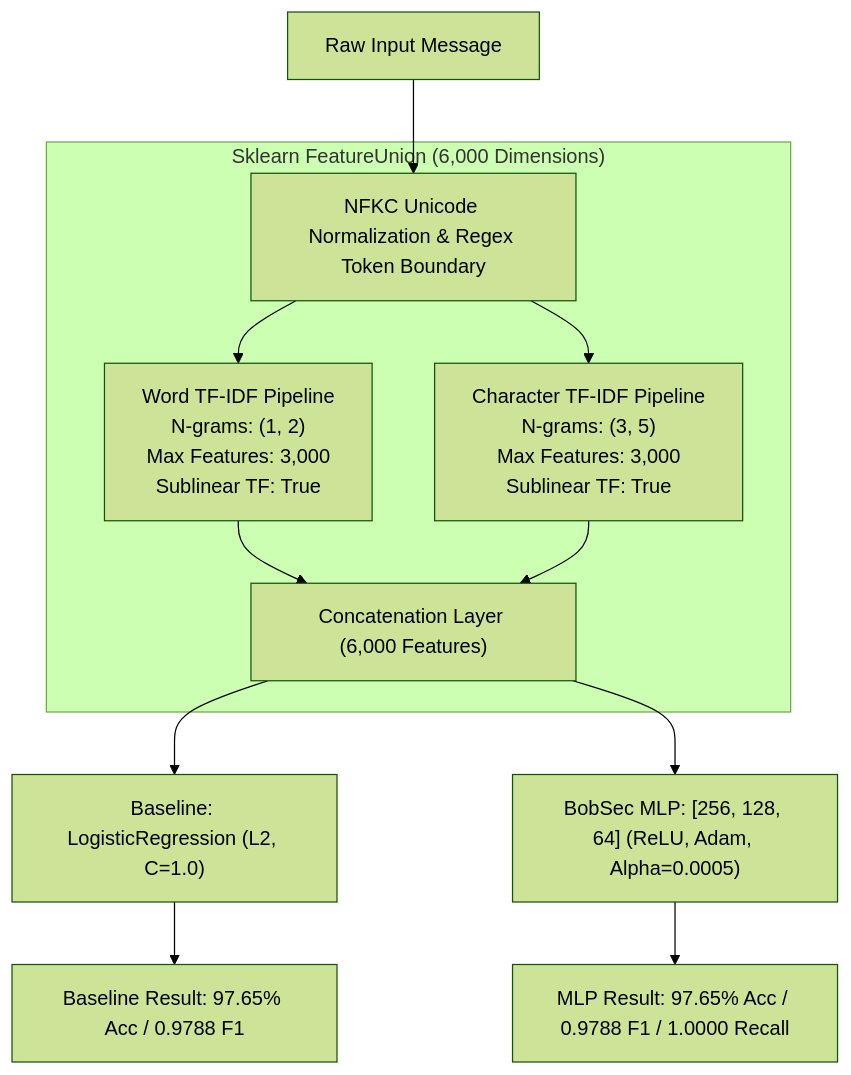
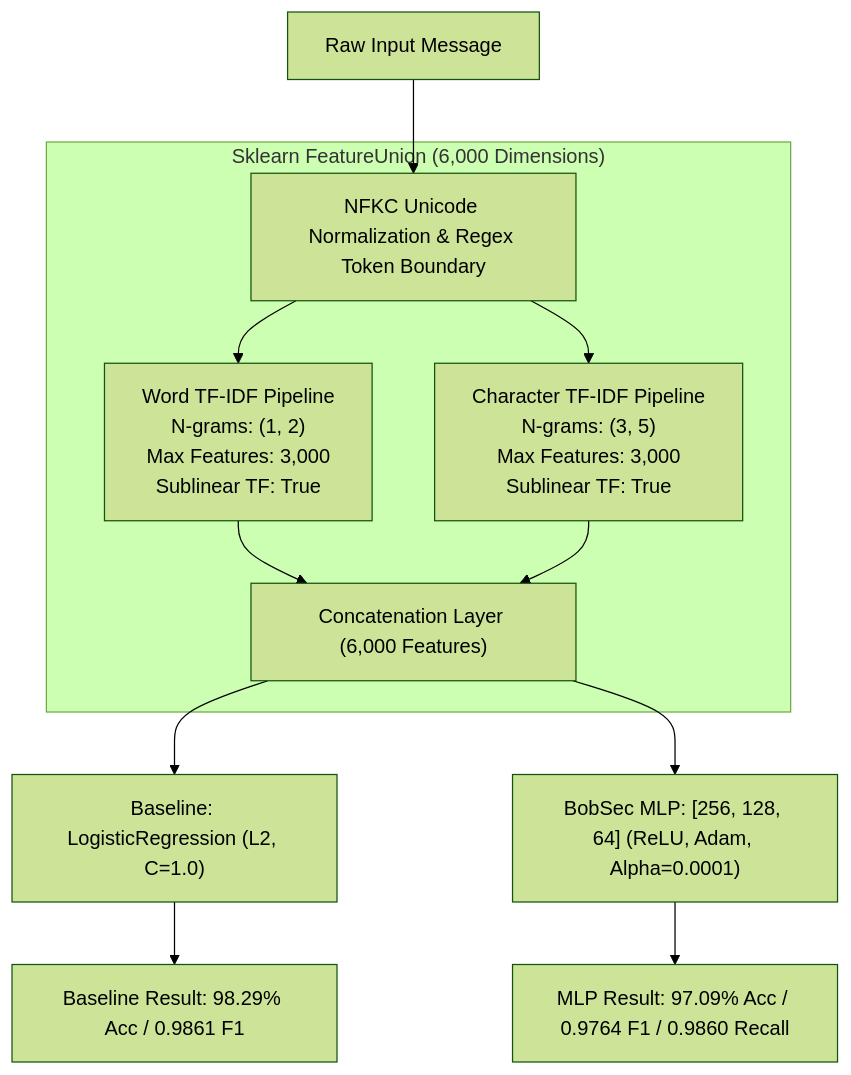
Before and after one commit to hamsinikommunuri/bobsec-platform: the diagram in docs/neural-network/TRAINING.md, drawn with Mermaid (forest theme). The commit also changed other lines of this file and 41 other files, not shown here.

````diff
--- a/docs/neural-network/TRAINING.md
+++ b/docs/neural-network/TRAINING.md
@@ -26,17 +26,17 @@
 ```mermaid
 graph TD
     Raw["Raw Input Message"] --> NFKC["NFKC Unicode Normalization & Regex Token Boundary"]
     
     subgraph FeaturePipeline["Sklearn FeatureUnion (6,000 Dimensions)"]
         NFKC --> WordTF["Word TF-IDF Pipeline<br/>N-grams: (1, 2)<br/>Max Features: 3,000<br/>Sublinear TF: True"]
         NFKC --> CharTF["Character TF-IDF Pipeline<br/>N-grams: (3, 5)<br/>Max Features: 3,000<br/>Sublinear TF: True"]
         WordTF --> Concat["Concatenation Layer (6,000 Features)"]
         CharTF --> Concat
     end
     
     Concat --> BaselineLR["Baseline: LogisticRegression (L2, C=1.0)"]
-    Concat --> CustomMLP["BobSec MLP: [256, 128, 64] (ReLU, Adam, Alpha=0.0005)"]
+    Concat --> CustomMLP["BobSec MLP: [256, 128, 64] (ReLU, Adam, Alpha=0.0001)"]
     
-    BaselineLR --> OutputLR["Baseline Result: 97.65% Acc / 0.9788 F1"]
-    CustomMLP --> OutputMLP["MLP Result: 97.65% Acc / 0.9788 F1 / 1.0000 Recall"]
+    BaselineLR --> OutputLR["Baseline Result: 98.29% Acc / 0.9861 F1"]
+    CustomMLP --> OutputMLP["MLP Result: 97.09% Acc / 0.9764 F1 / 0.9860 Recall"]
 ```
````
